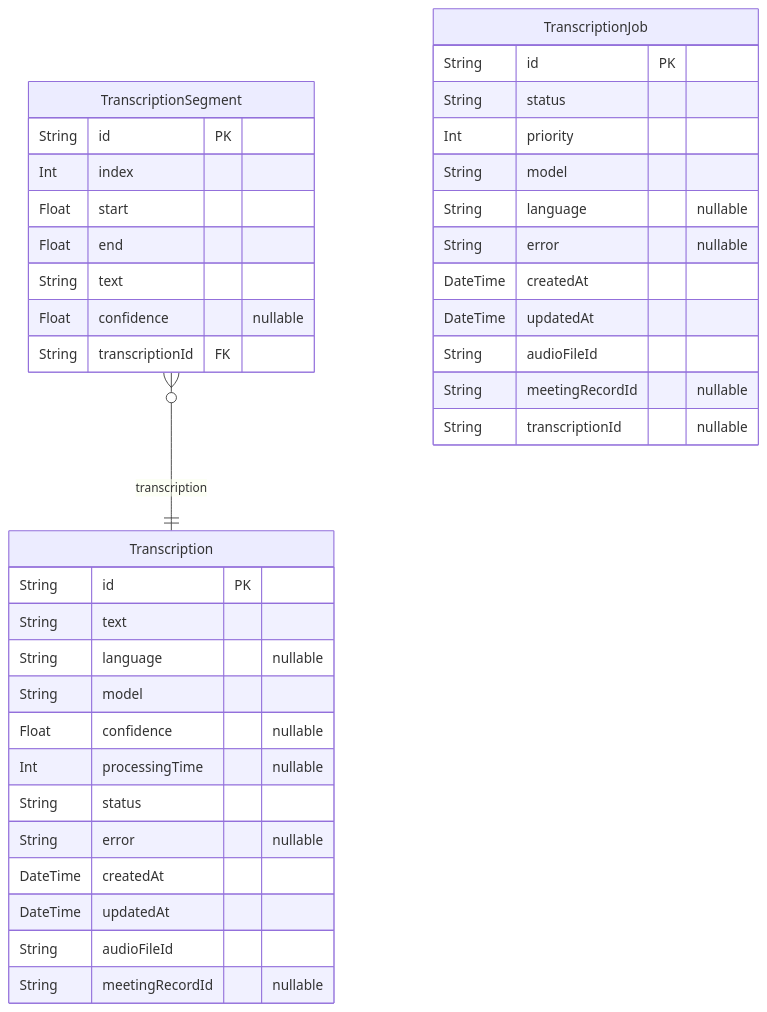
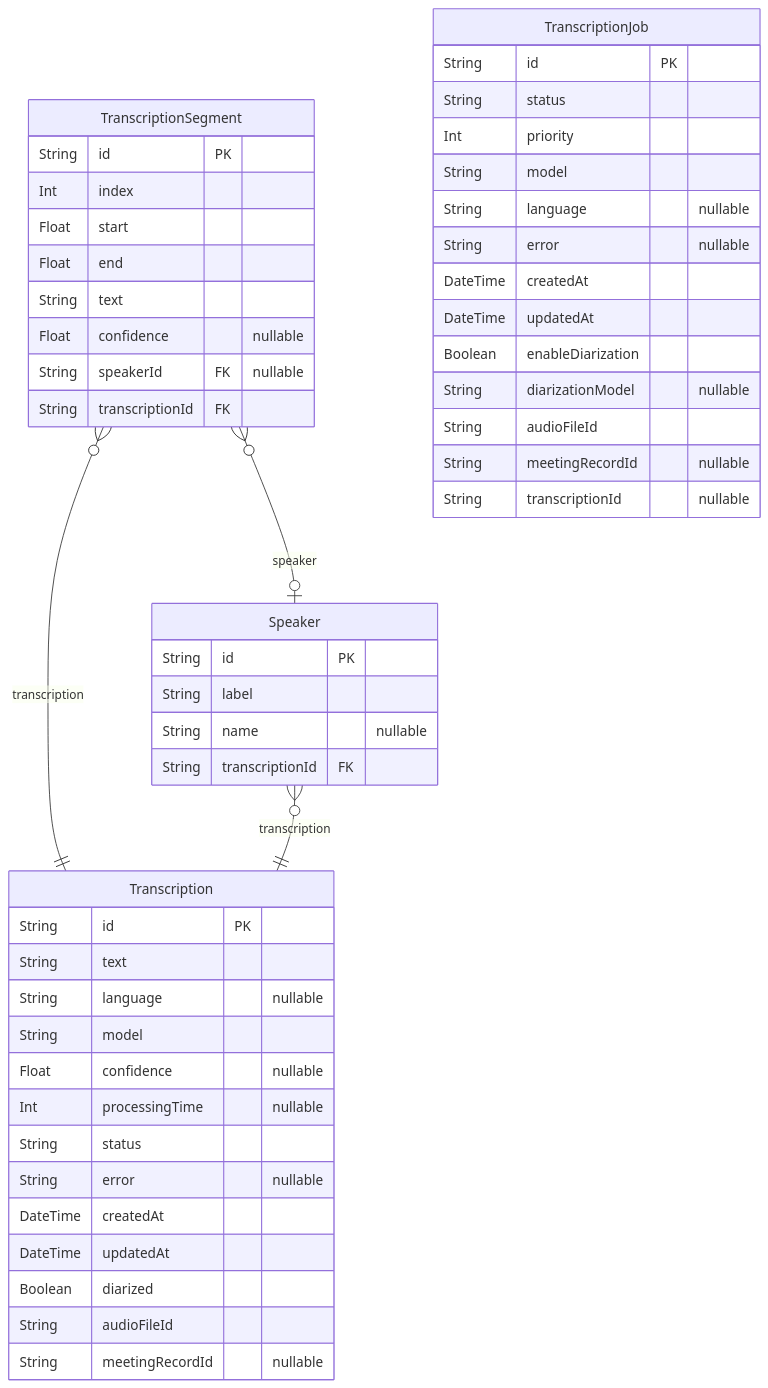
The diagram in services/transcription/db/docs/README.md (codefortulsa/tgov-scraper-js), drawn with Mermaid before and after one commit. The commit also changed other lines of this file and 9 other files, not shown here.

````diff
--- a/services/transcription/db/docs/README.md
+++ b/services/transcription/db/docs/README.md
@@ -7,40 +7,52 @@
 ```mermaid
 erDiagram
 "Transcription" {
   String id PK
   String text
   String language "nullable"
   String model
   Float confidence "nullable"
   Int processingTime "nullable"
   String status
   String error "nullable"
   DateTime createdAt
   DateTime updatedAt
+  Boolean diarized
   String audioFileId
   String meetingRecordId "nullable"
 }
 "TranscriptionSegment" {
   String id PK
   Int index
   Float start
   Float end
   String text
   Float confidence "nullable"
+  String speakerId FK "nullable"
+  String transcriptionId FK
+}
+"Speaker" {
+  String id PK
+  String label
+  String name "nullable"
   String transcriptionId FK
 }
 "TranscriptionJob" {
   String id PK
   String status
   Int priority
   String model
   String language "nullable"
   String error "nullable"
   DateTime createdAt
   DateTime updatedAt
+  Boolean enableDiarization
+  String diarizationModel "nullable"
   String audioFileId
   String meetingRecordId "nullable"
   String transcriptionId "nullable"
 }
 "TranscriptionSegment" }o--|| "Transcription" : transcription
+"TranscriptionSegment" }o--o| "Speaker" : speaker
+"Speaker" }o--|| "Transcription" : transcription
 ```
````
